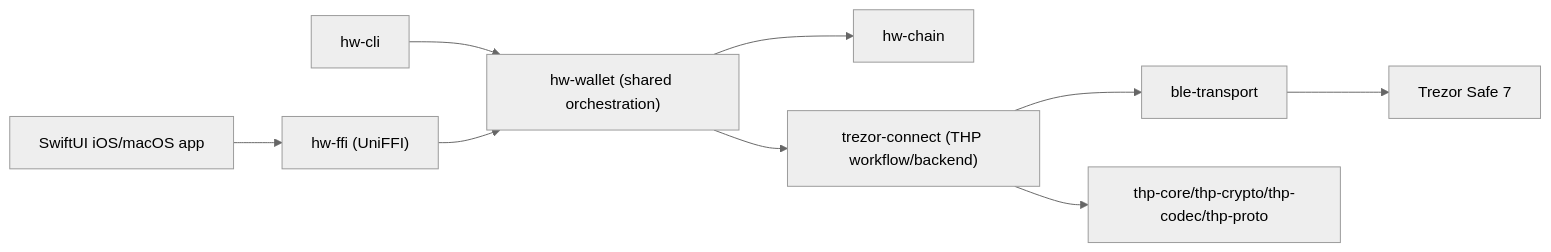
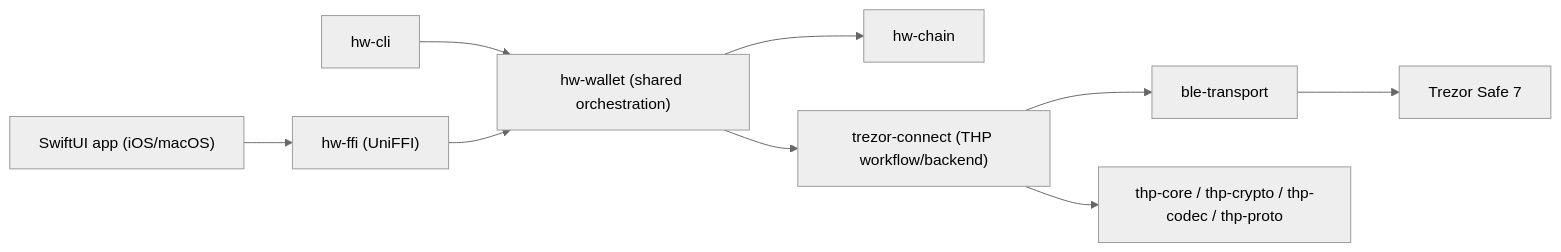
One commit to hewigovens/hw-core changed the diagram in README.md. Above: the diagram before and after it, drawn with Mermaid (neutral theme). The commit also changed other lines of this file and 16 other files, not shown here.

````diff
--- a/README.md
+++ b/README.md
@@ -30,21 +23,21 @@
 ```mermaid
 flowchart LR
   CLI["hw-cli"]
+  APP["SwiftUI app (iOS/macOS)"]
   FFI["hw-ffi (UniFFI)"]
   WALLET["hw-wallet (shared orchestration)"]
   CHAIN["hw-chain"]
   CONNECT["trezor-connect (THP workflow/backend)"]
   BLE["ble-transport"]
-  THP["thp-core/thp-crypto/thp-codec/thp-proto"]
-  APP["SwiftUI iOS/macOS app"]
+  THP["thp-core / thp-crypto / thp-codec / thp-proto"]
   DEVICE["Trezor Safe 7"]
 
   CLI --> WALLET
   APP --> FFI
   FFI --> WALLET
   WALLET --> CHAIN
   WALLET --> CONNECT
   CONNECT --> BLE
   CONNECT --> THP
   BLE --> DEVICE
 ```
````
